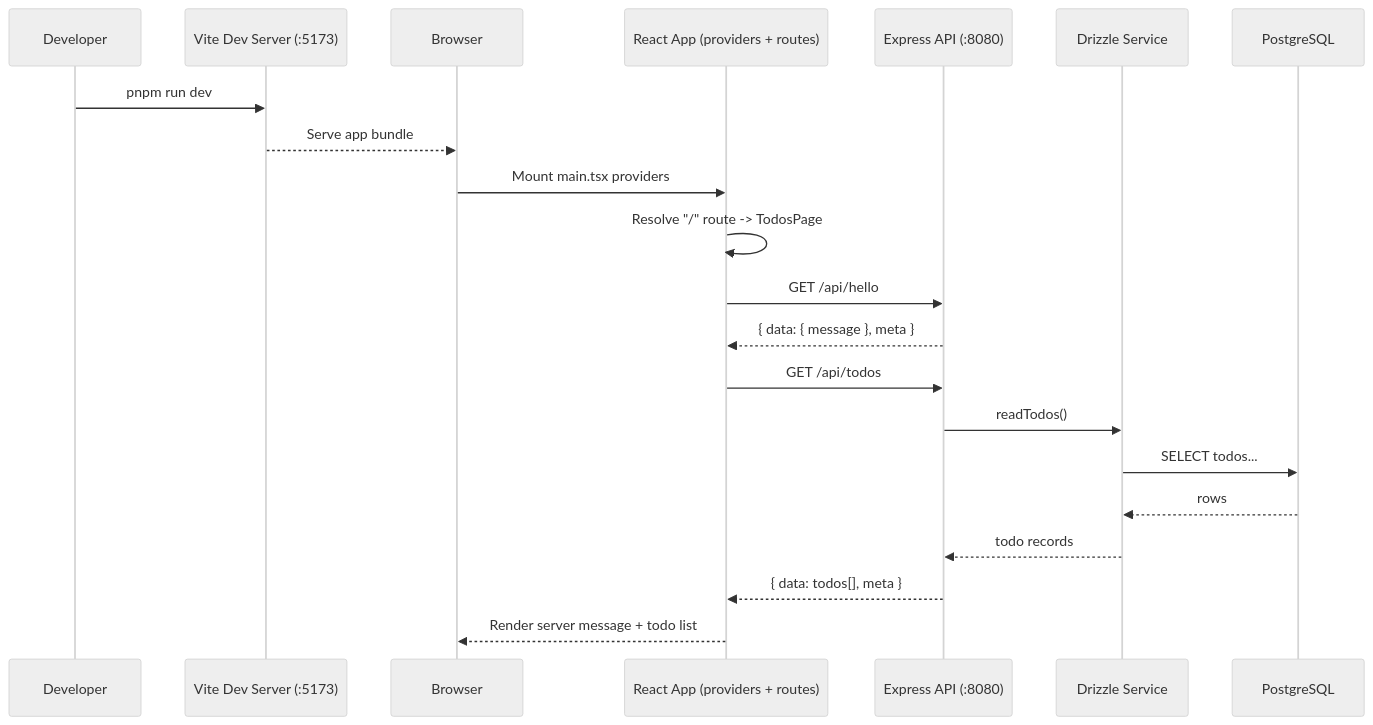
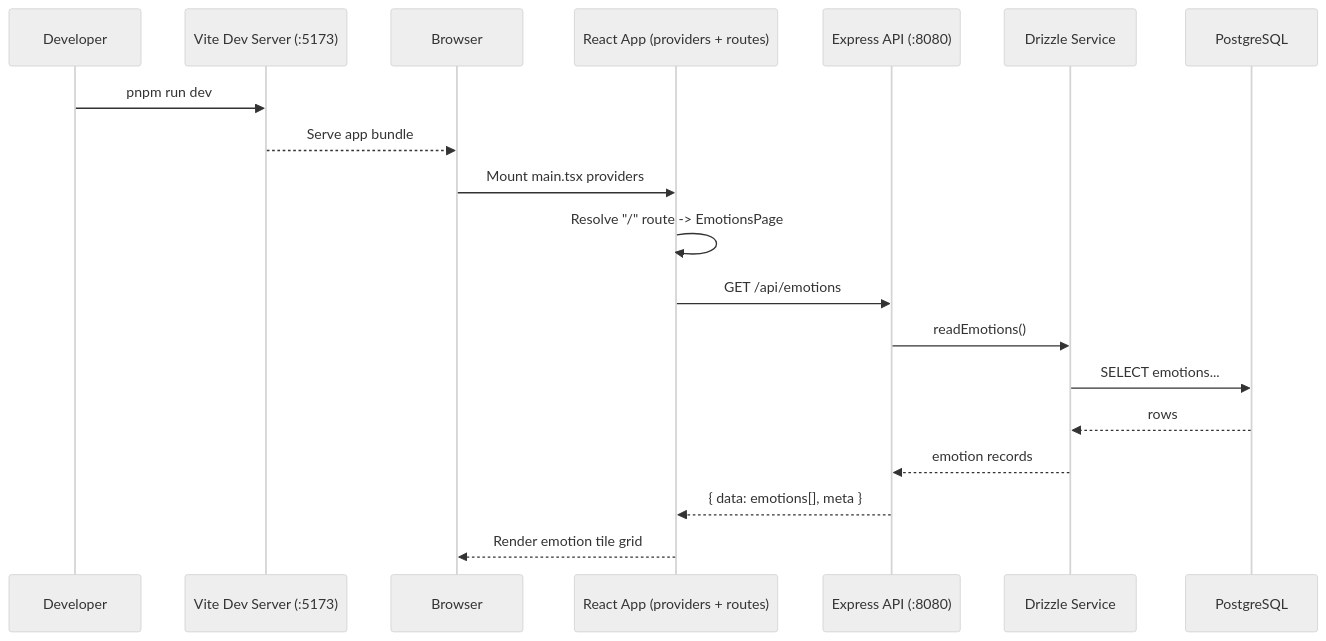
The first of 2 diagrams in docs/app-startup-walkthrough.md (Zhiwutian/bible-support), drawn with Mermaid (neutral theme) before and after one commit. The commit also changed other lines of this file and 54 other files, not shown here.

````diff
--- a/docs/app-startup-walkthrough.md
+++ b/docs/app-startup-walkthrough.md
@@ -74,24 +70,22 @@
 ```mermaid
 sequenceDiagram
     participant Dev as Developer
     participant Vite as Vite Dev Server (:5173)
     participant Browser as Browser
     participant React as React App (providers + routes)
     participant API as Express API (:8080)
     participant Drizzle as Drizzle Service
     participant DB as PostgreSQL
 
     Dev->>Vite: pnpm run dev
     Vite-->>Browser: Serve app bundle
     Browser->>React: Mount main.tsx providers
-    React->>React: Resolve "/" route -> TodosPage
-    React->>API: GET /api/hello
-    API-->>React: { data: { message }, meta }
-    React->>API: GET /api/todos
-    API->>Drizzle: readTodos()
-    Drizzle->>DB: SELECT todos...
+    React->>React: Resolve "/" route -> EmotionsPage
+    React->>API: GET /api/emotions
+    API->>Drizzle: readEmotions()
+    Drizzle->>DB: SELECT emotions...
     DB-->>Drizzle: rows
-    Drizzle-->>API: todo records
-    API-->>React: { data: todos[], meta }
-    React-->>Browser: Render server message + todo list
+    Drizzle-->>API: emotion records
+    API-->>React: { data: emotions[], meta }
+    React-->>Browser: Render emotion tile grid
 ```
````
